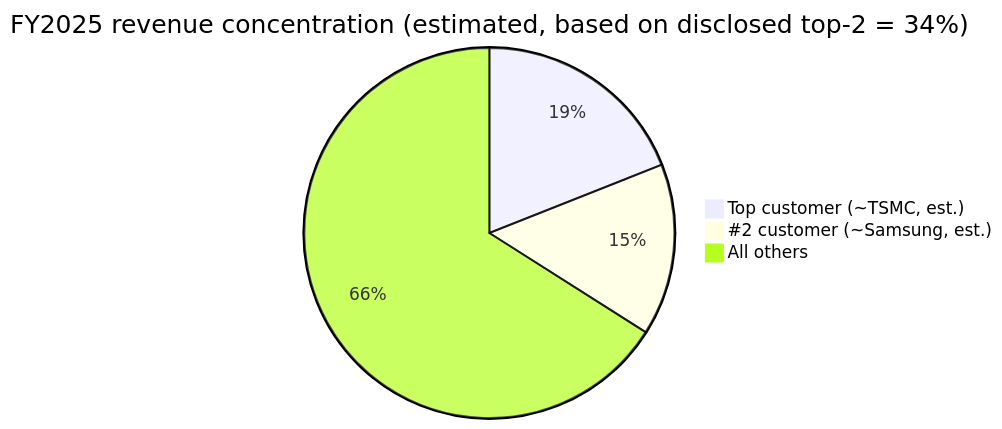
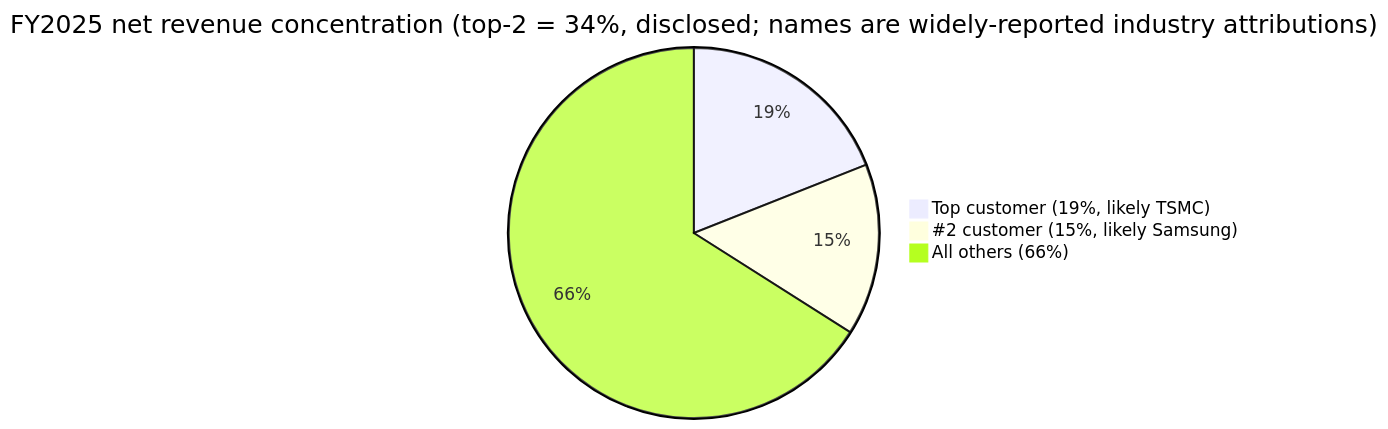
One commit to dadachundan/financial_agent changed the third of 4 diagrams in reports/company/AppliedMaterials_NASDAQ_AMAT/AppliedMaterials_NASDAQ_AMAT_Research_Document.md. Above: the diagram before and after it, drawn with Mermaid. The commit also changed other lines of this file and 2 other files, not shown here.

````diff
--- a/reports/company/AppliedMaterials_NASDAQ_AMAT/AppliedMaterials_NASDAQ_AMAT_Research_Document.md
+++ b/reports/company/AppliedMaterials_NASDAQ_AMAT/AppliedMaterials_NASDAQ_AMAT_Research_Document.md
@@ -285,6 +398,6 @@
 ```mermaid
-pie title FY2025 revenue concentration (estimated, based on disclosed top-2 = 34%)
-    "Top customer (~TSMC, est.)" : 19
-    "#2 customer (~Samsung, est.)" : 15
-    "All others" : 66
+pie title FY2025 net revenue concentration (top-2 = 34%, disclosed; names are widely-reported industry attributions)
+    "Top customer (19%, likely TSMC)" : 19
+    "#2 customer (15%, likely Samsung)" : 15
+    "All others (66%)" : 66
 ```
````
